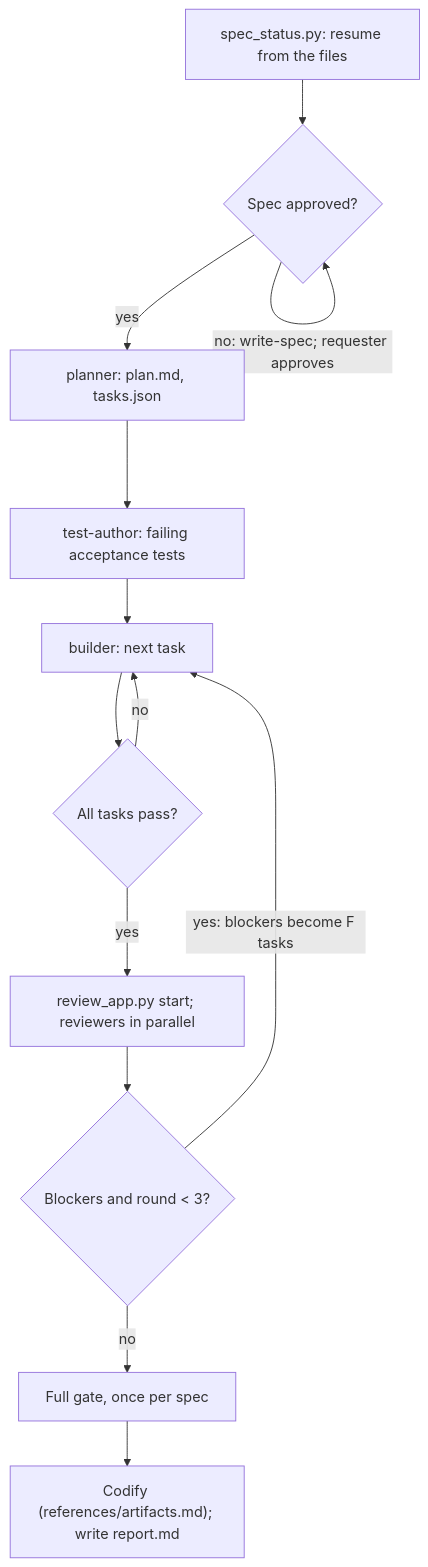
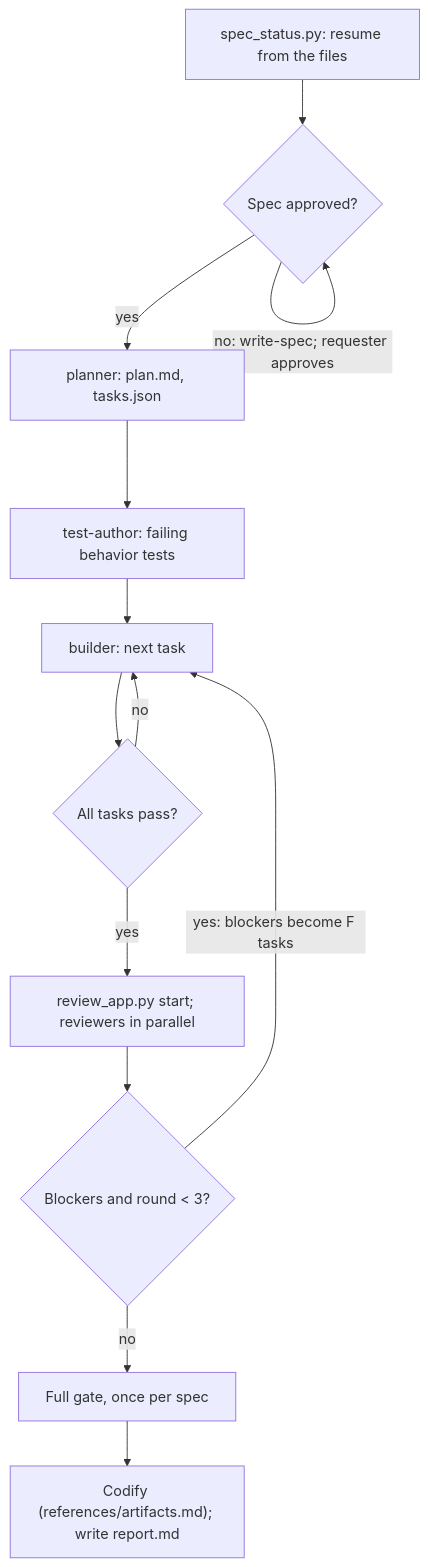
Before and after one commit to nateshernandez/skills: the diagram in skills/build/SKILL.md, drawn with Mermaid. The commit also changed 29 other files, not shown here.

````diff
--- a/skills/build/SKILL.md
+++ b/skills/build/SKILL.md
@@ -25,12 +25,12 @@
 ```mermaid
 flowchart TD
   A["spec_status.py: resume from the files"] --> B{"Spec approved?"}
   B -- "no: write-spec; requester approves" --> B
-  B -- yes --> D["planner: plan.md, tasks.json"] --> E["test-author: failing acceptance tests"] --> F["builder: next task"]
+  B -- yes --> D["planner: plan.md, tasks.json"] --> E["test-author: failing behavior tests"] --> F["builder: next task"]
   F --> G{"All tasks pass?"}
   G -- no --> F
   G -- yes --> H["review_app.py start; reviewers in parallel"]
   H --> I{"Blockers and round < 3?"}
   I -- "yes: blockers become F tasks" --> F
   I -- no --> K["Full gate, once per spec"] --> J["Codify (references/artifacts.md); write report.md"]
 ```
````
